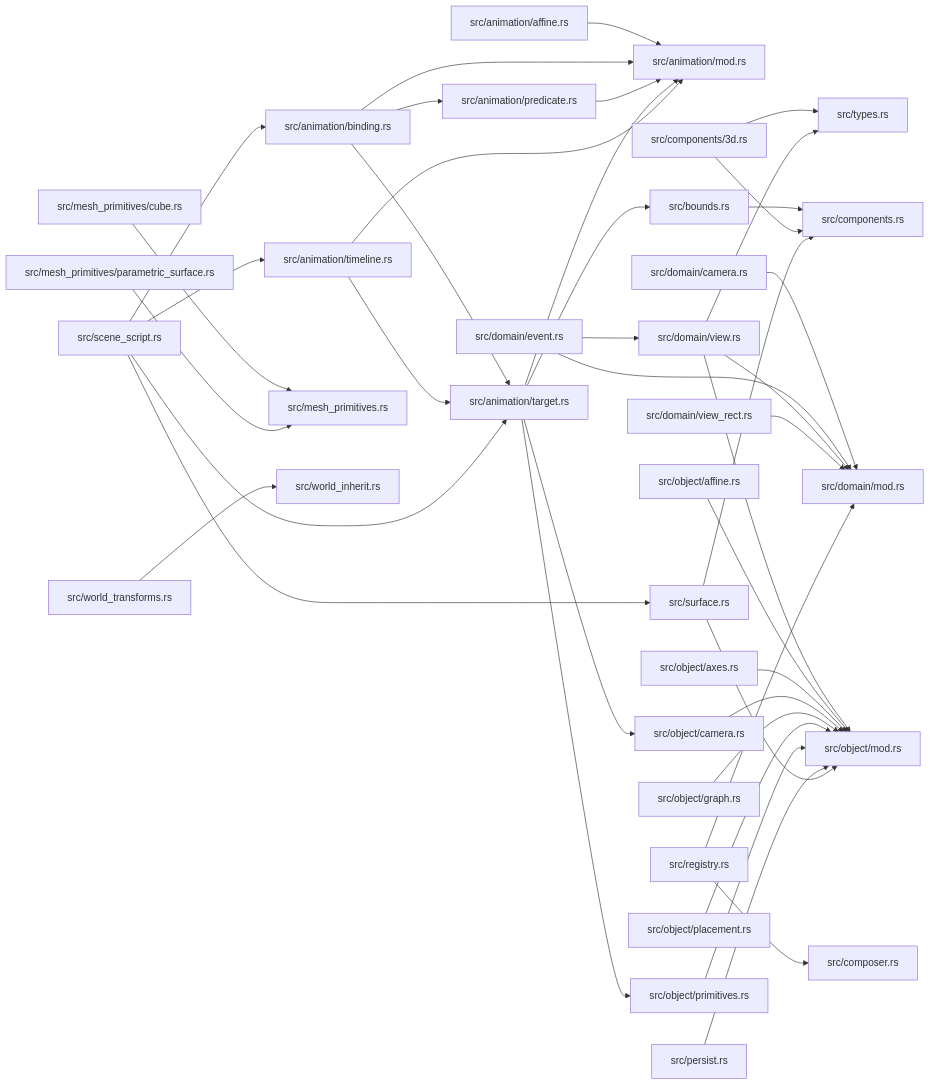
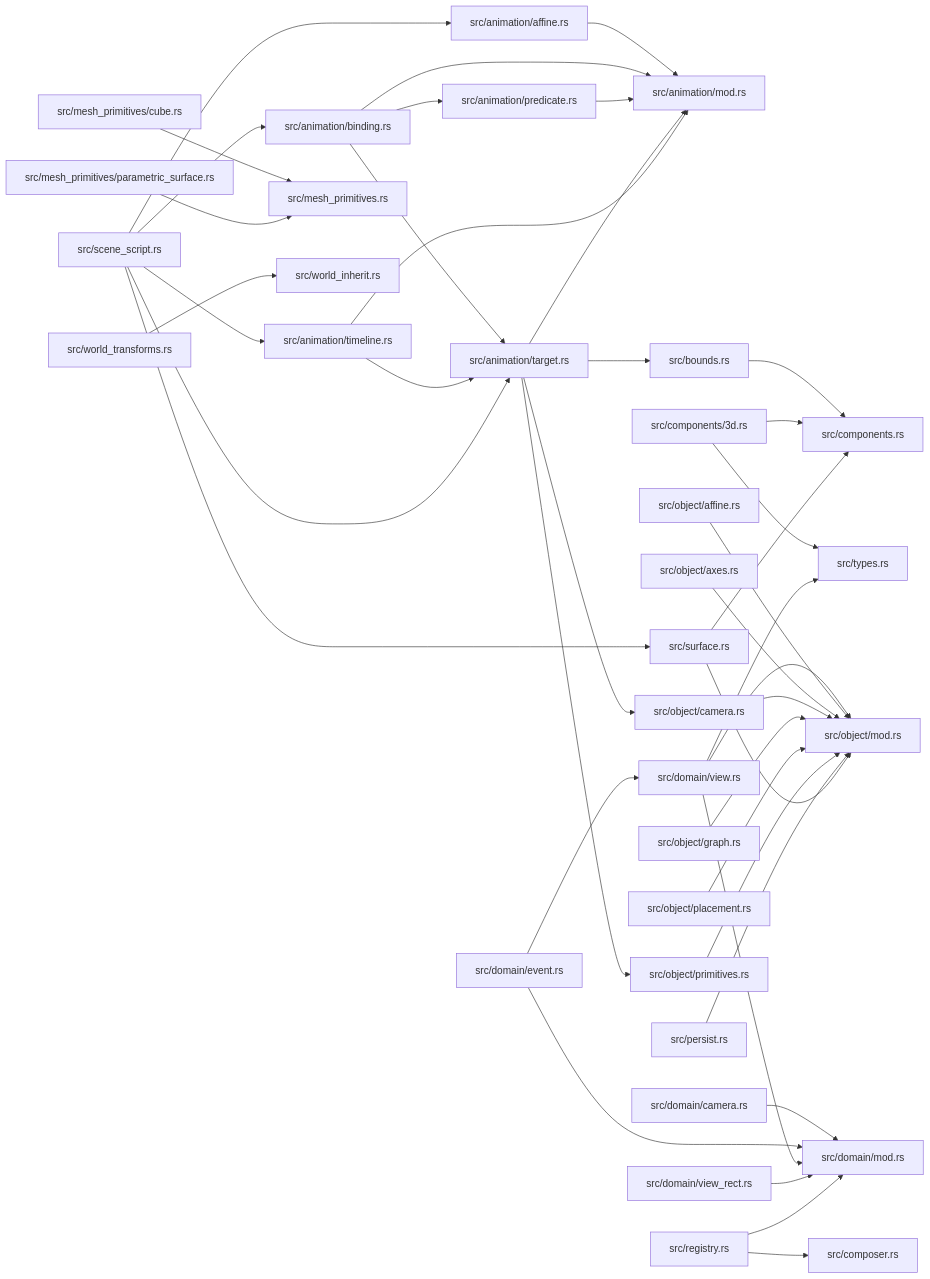
One commit to xcrtp/zela changed the diagram in docs/modules/ze-scene-core.md. Above: the diagram before and after it, drawn with Mermaid. The commit also changed other lines of this file and 10 other files, not shown here.

````diff
--- a/docs/modules/ze-scene-core.md
+++ b/docs/modules/ze-scene-core.md
@@ -66,74 +66,75 @@
 ```mermaid
 graph LR
     f0["src/animation/affine.rs"]
     f2["src/animation/binding.rs"]
     f1["src/animation/mod.rs"]
     f3["src/animation/predicate.rs"]
     f4["src/animation/target.rs"]
     f8["src/animation/timeline.rs"]
     f5["src/bounds.rs"]
     f9["src/components.rs"]
     f10["src/components/3d.rs"]
     f27["src/composer.rs"]
     f12["src/domain/camera.rs"]
     f14["src/domain/event.rs"]
     f13["src/domain/mod.rs"]
     f15["src/domain/view.rs"]
     f17["src/domain/view_rect.rs"]
     f19["src/mesh_primitives.rs"]
     f18["src/mesh_primitives/cube.rs"]
     f20["src/mesh_primitives/parametric_surface.rs"]
     f21["src/object/affine.rs"]
     f22["src/object/axes.rs"]
     f6["src/object/camera.rs"]
     f23["src/object/graph.rs"]
     f16["src/object/mod.rs"]
     f24["src/object/placement.rs"]
     f7["src/object/primitives.rs"]
     f25["src/persist.rs"]
     f26["src/registry.rs"]
     f28["src/scene_script.rs"]
     f29["src/surface.rs"]
     f11["src/types.rs"]
     f31["src/world_inherit.rs"]
     f30["src/world_transforms.rs"]
     f0 --> f1
     f2 --> f1
     f2 --> f3
     f2 --> f4
     f3 --> f1
     f4 --> f1
     f4 --> f5
     f4 --> f6
     f4 --> f7
     f8 --> f1
     f8 --> f4
     f5 --> f9
     f10 --> f9
     f10 --> f11
     f12 --> f13
     f14 --> f13
     f14 --> f15
     f15 --> f13
     f15 --> f16
     f15 --> f11
     f17 --> f13
     f18 --> f19
     f20 --> f19
     f21 --> f16
     f22 --> f16
     f6 --> f16
     f23 --> f16
     f24 --> f16
     f7 --> f16
     f25 --> f16
     f26 --> f27
     f26 --> f13
+    f28 --> f0
     f28 --> f2
     f28 --> f4
     f28 --> f8
     f28 --> f29
     f29 --> f9
     f29 --> f16
     f30 --> f31
 ```
````
